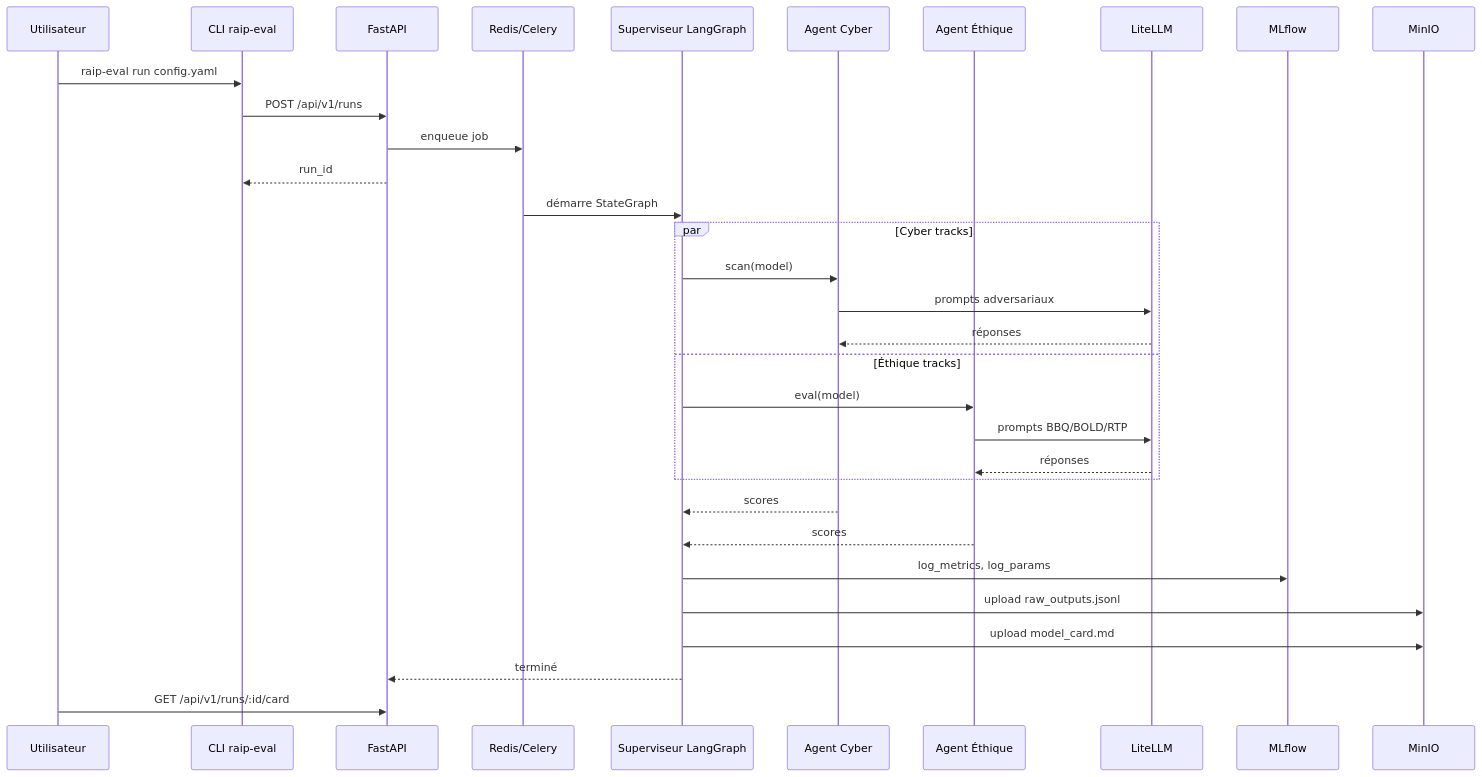
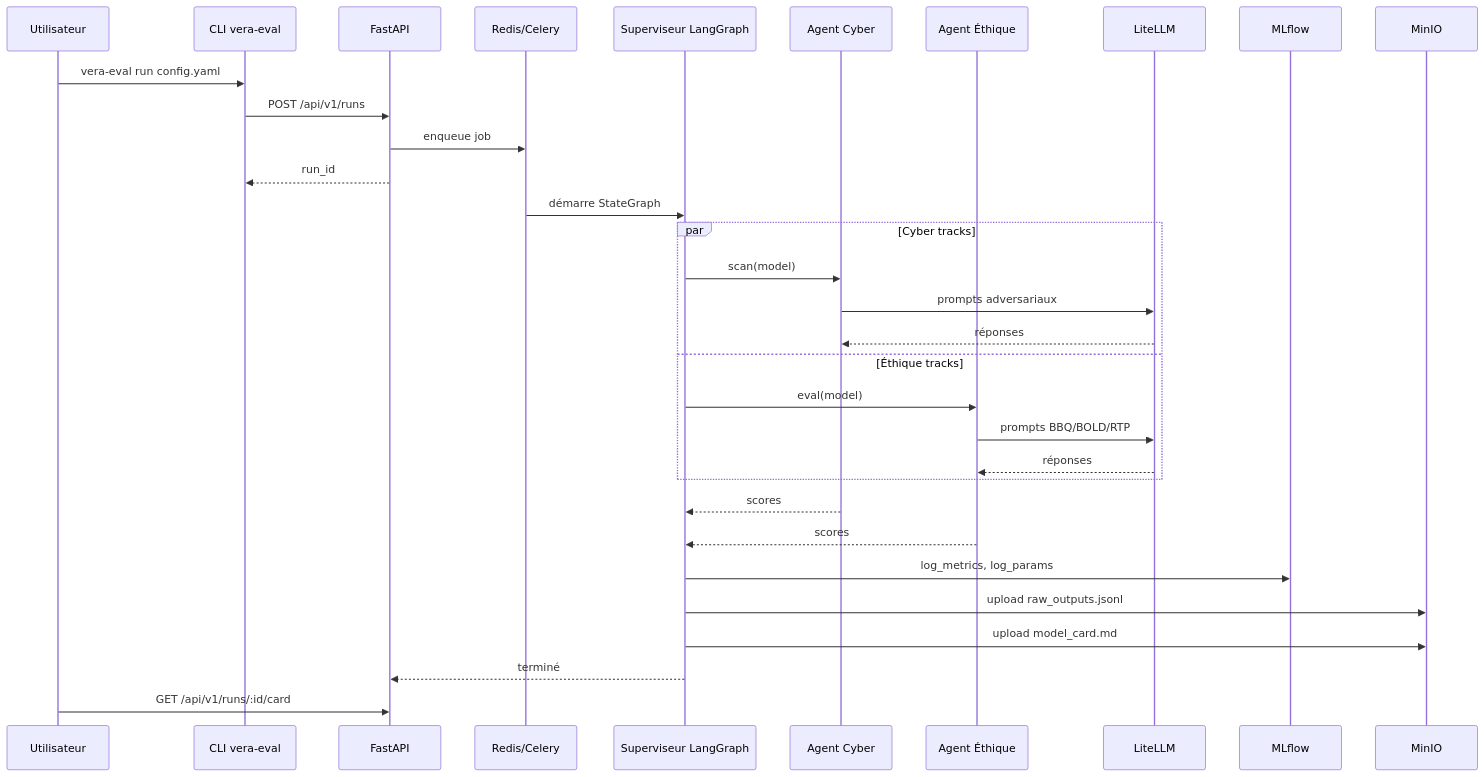
Before and after one commit to Rqbln/VERA: the third of 3 diagrams in docs/MVP1_noyau_statique.md, drawn with Mermaid. The commit also changed other lines of this file and 26 other files, not shown here.

Commit message:
docs: rename RAIP -> VERA across documentation and report

````diff
--- a/docs/MVP1_noyau_statique.md
+++ b/docs/MVP1_noyau_statique.md
@@ -195,35 +195,35 @@
 ```mermaid
 sequenceDiagram
     participant U as Utilisateur
-    participant CLI as CLI raip-eval
+    participant CLI as CLI vera-eval
     participant API as FastAPI
     participant Q as Redis/Celery
     participant SUP as Superviseur LangGraph
     participant CYB as Agent Cyber
     participant ETH as Agent Éthique
     participant L as LiteLLM
     participant M as MLflow
     participant S as MinIO
 
-    U->>CLI: raip-eval run config.yaml
+    U->>CLI: vera-eval run config.yaml
     CLI->>API: POST /api/v1/runs
     API->>Q: enqueue job
     API-->>CLI: run_id
     Q->>SUP: démarre StateGraph
     par Cyber tracks
         SUP->>CYB: scan(model)
         CYB->>L: prompts adversariaux
         L-->>CYB: réponses
     and Éthique tracks
         SUP->>ETH: eval(model)
         ETH->>L: prompts BBQ/BOLD/RTP
         L-->>ETH: réponses
     end
     CYB-->>SUP: scores
     ETH-->>SUP: scores
     SUP->>M: log_metrics, log_params
     SUP->>S: upload raw_outputs.jsonl
     SUP->>S: upload model_card.md
     SUP-->>API: terminé
     U->>API: GET /api/v1/runs/:id/card
 ```
````
